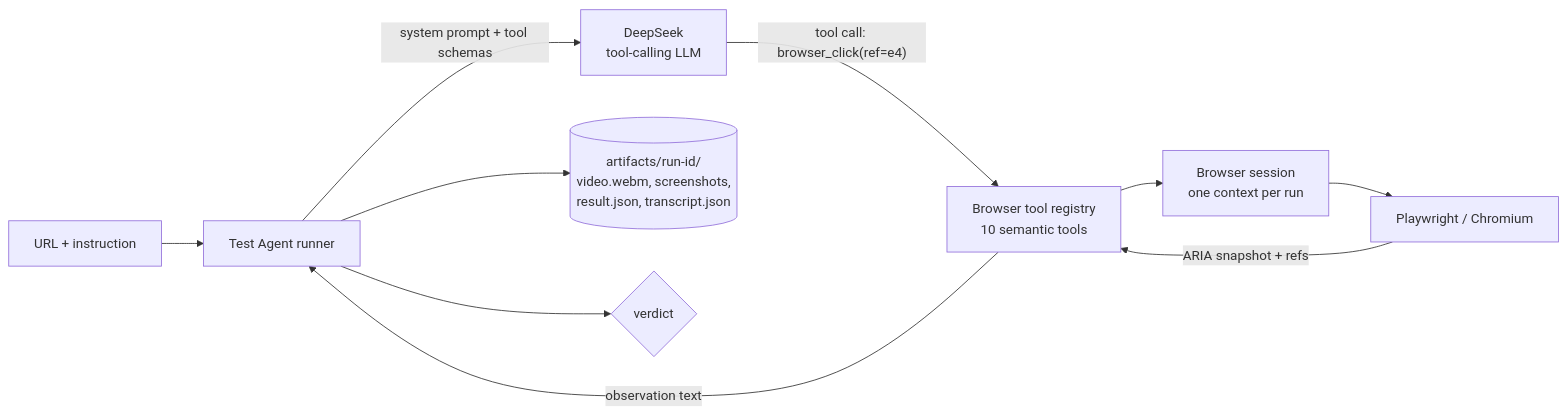
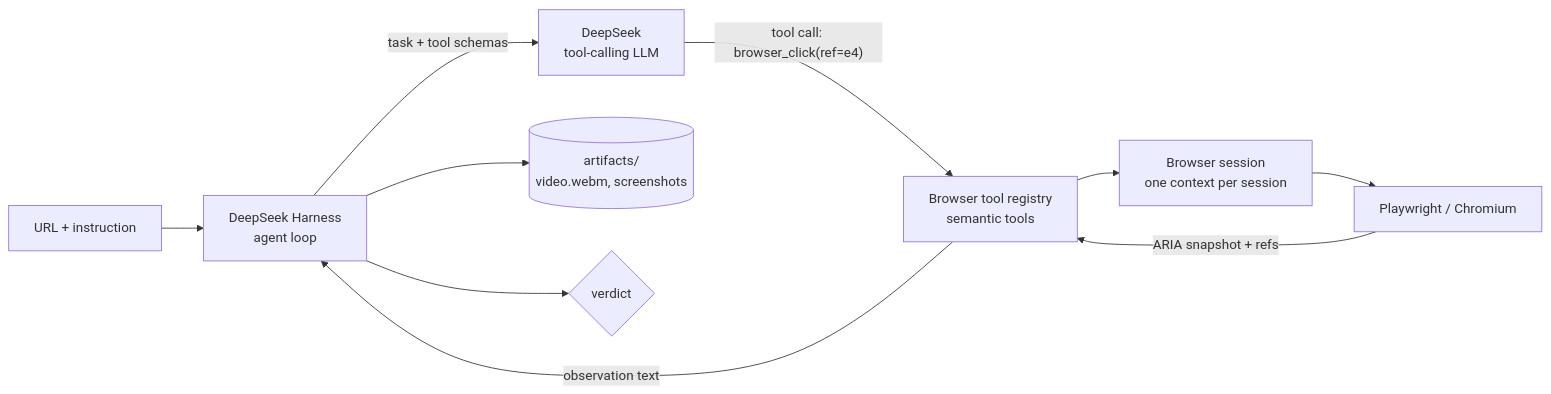
One commit to jingyuy/WebTestAgent changed the diagram in README.md. Above: the diagram before and after it, drawn with Mermaid. The commit also changed other lines of this file and 33 other files, not shown here.

````diff
--- a/README.md
+++ b/README.md
@@ -84,12 +64,12 @@
 ```mermaid
 flowchart LR
-    U[URL + instruction] --> R[Test Agent runner]
-    R -->|"system prompt + tool schemas"| L[DeepSeek<br/>tool-calling LLM]
-    L -->|"tool call: browser_click(ref=e4)"| T[Browser tool registry<br/>10 semantic tools]
-    T --> S[Browser session<br/>one context per run]
+    U[URL + instruction] --> R["DeepSeek Harness<br/>agent loop"]
+    R -->|"task + tool schemas"| L[DeepSeek<br/>tool-calling LLM]
+    L -->|"tool call: browser_click(ref=e4)"| T[Browser tool registry<br/>semantic tools]
+    T --> S[Browser session<br/>one context per session]
     S --> P[Playwright / Chromium]
     P -->|"ARIA snapshot + refs"| T
     T -->|"observation text"| R
-    R --> A[(artifacts/run-id/<br/>video.webm, screenshots,<br/>result.json, transcript.json)]
+    R --> A[(artifacts/<br/>video.webm, screenshots)]
     R --> V{verdict}
 ```
````
